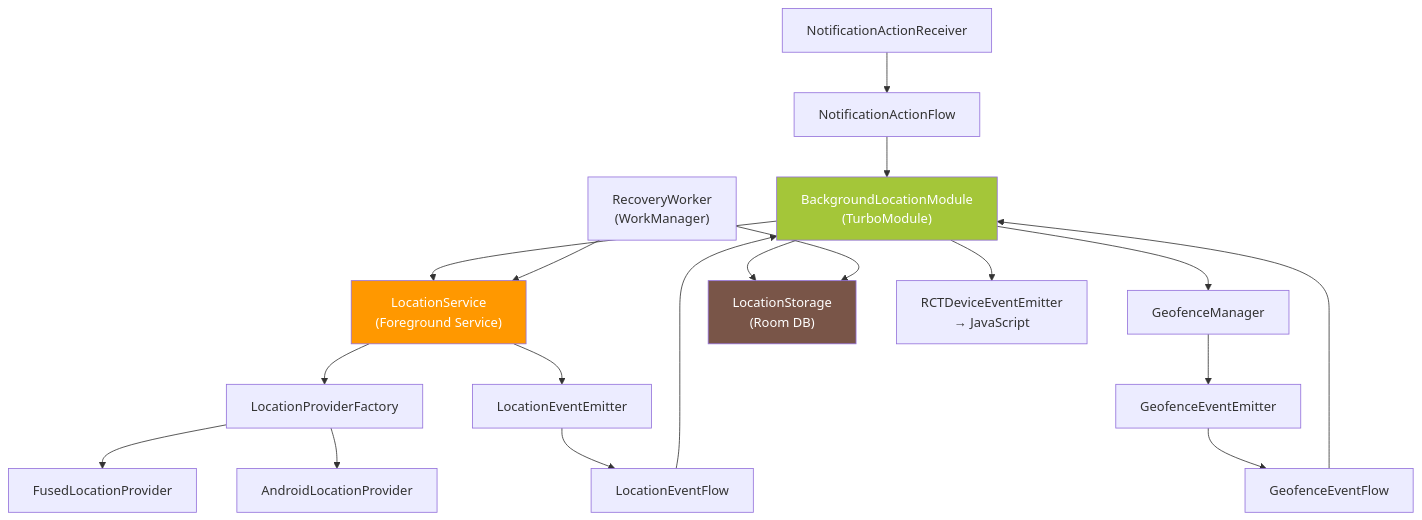
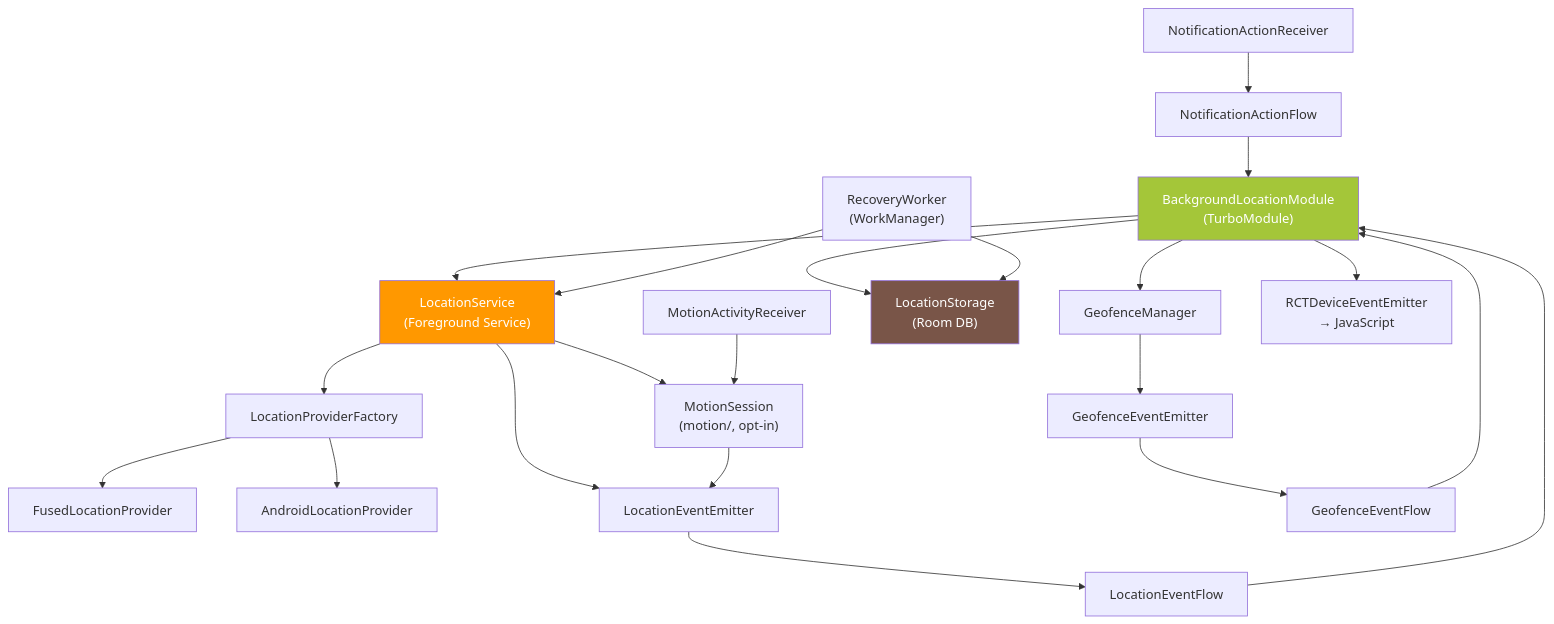
One commit to gabriel-sisjr/react-native-background-location changed the first of 9 diagrams in website/docs/architecture/android-native.md. Above: the diagram before and after it, drawn with Mermaid. The commit also changed other lines of this file and 35 other files, not shown here.

First line of the commit message:
docs: document motion activity, the Room v2 migration and new warnings

````diff
--- a/website/docs/architecture/android-native.md
+++ b/website/docs/architecture/android-native.md
@@ -24,28 +24,31 @@
 ```mermaid
 graph TD
     BLM["BackgroundLocationModule<br/>(TurboModule)"] --> LS["LocationService<br/>(Foreground Service)"]
     BLM --> GM["GeofenceManager"]
     BLM --> DB["LocationStorage<br/>(Room DB)"]
 
     LS --> LPF["LocationProviderFactory"]
     LPF --> FLP["FusedLocationProvider"]
     LPF --> ALP["AndroidLocationProvider"]
 
     LS --> LEE["LocationEventEmitter"]
     LEE --> LEF["LocationEventFlow"]
+    LS --> MSN["MotionSession<br/>(motion/, opt-in)"]
+    MAR["MotionActivityReceiver"] --> MSN
+    MSN --> LEE
     GM --> GEE["GeofenceEventEmitter"]
     GEE --> GEF["GeofenceEventFlow"]
     NAR["NotificationActionReceiver"] --> NAF["NotificationActionFlow"]
 
     LEF --> BLM
     GEF --> BLM
     NAF --> BLM
     BLM --> RCT["RCTDeviceEventEmitter<br/>→ JavaScript"]
 
     RW["RecoveryWorker<br/>(WorkManager)"] --> DB
     RW --> LS
 
     style BLM fill:#a4c639,color:#fff
     style LS fill:#ff9800,color:#fff
     style DB fill:#795548,color:#fff
 ```
````
